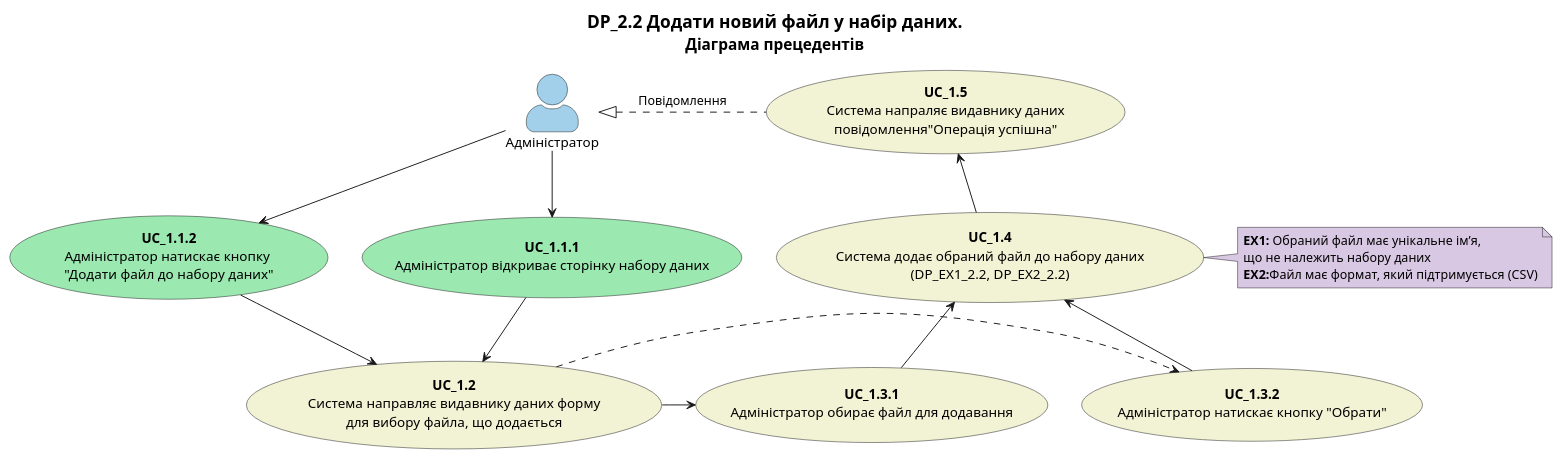
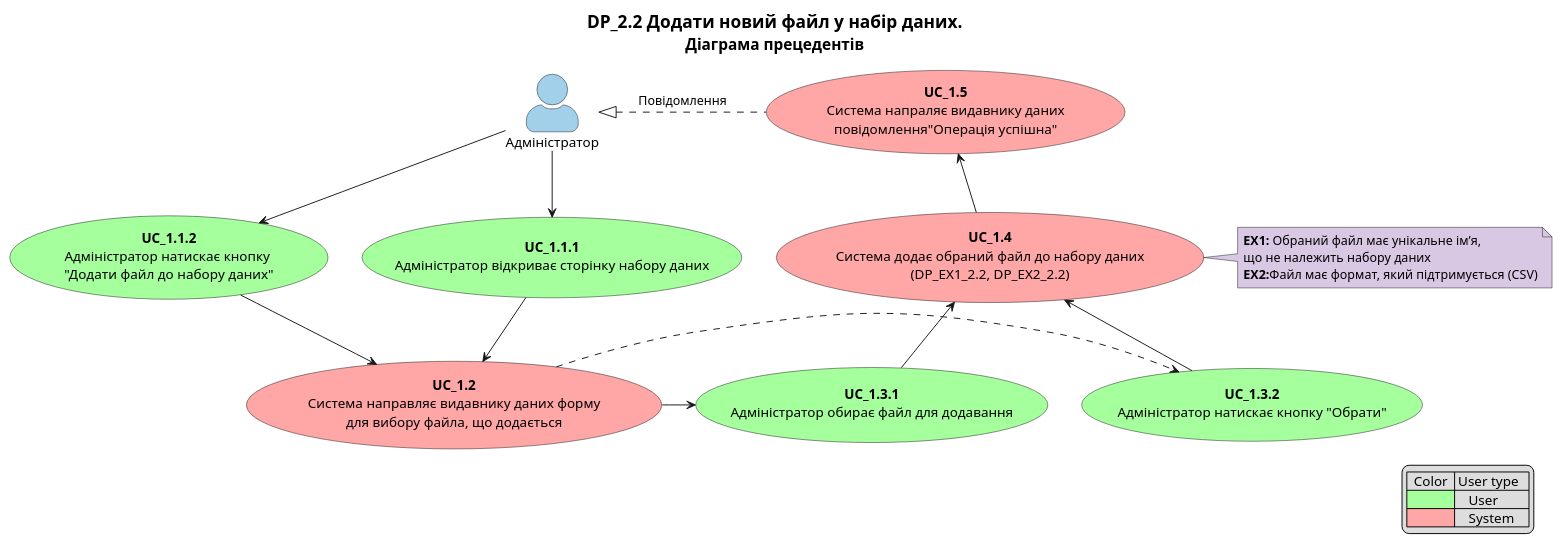
Diagram 12 of 16 in docs/use cases/README.md (YanPetrov7/DB_REST_API), drawn with PlantUML before and after one commit. The commit also changed other lines of this file, not shown here.

Commit message:
docs: use cases colors & legend

```diff
--- a/docs/use cases/README.md
+++ b/docs/use cases/README.md
@@ -566,34 +602,40 @@
 @startuml
 
     title
         <font size=18 color=black>DP_2.2 Додати новий файл у набір даних.
         <font size=16 color=black>Діаграма прецедентів
     end title
 
+    legend right
+    |  Color  | User type   |
+    |<#a4ff9c>|    User     |
+    |<#ffa6a6>|    System   |
+    endlegend
+
     skinparam actorStyle awesome
     
     actor "Адміністратор" as User #a2d0eb
 
-    usecase "<b>UC_1.1.1</b>\nАдміністратор відкриває сторінку набору даних" as S1 #9be8b0
-    usecase "<b>UC_1.1.2</b>\nАдміністратор натискає кнопку \n"Додати файл до набору даних"" as S2 #9be8b0
-    usecase "<b>UC_1.2</b>\nСистема направляє видавнику даних форму\nдля вибору файла, що додається" as S3 #f2f2d5
-    usecase "<b>UC_1.3.1</b>\nАдміністратор обирає файл для додавання" as S4 #f2f2d5
-    usecase "<b>UC_1.3.2</b>\nАдміністратор натискає кнопку "Обрати"" as S5 #f2f2d5
-    usecase "<b>UC_1.4</b>\nСистема додає обраний файл до набору даних\n(DP_EX1_2.2, DP_EX2_2.2)" as S6 #f2f2d5
-    usecase "<b>UC_1.5</b>\nСистема напраляє видавнику даних\nповідомлення"Операція успішна"" as S7 #f2f2d5
+    usecase "<b>UC_1.1.1</b>\nАдміністратор відкриває сторінку набору даних" as S1 #a4ff9c
+    usecase "<b>UC_1.1.2</b>\nАдміністратор натискає кнопку \n"Додати файл до набору даних"" as S2 #a4ff9c
+    usecase "<b>UC_1.2</b>\nСистема направляє видавнику даних форму\nдля вибору файла, що додається" as S3 #ffa6a6
+    usecase "<b>UC_1.3.1</b>\nАдміністратор обирає файл для додавання" as S4 #a4ff9c
+    usecase "<b>UC_1.3.2</b>\nАдміністратор натискає кнопку "Обрати"" as S5 #a4ff9c
+    usecase "<b>UC_1.4</b>\nСистема додає обраний файл до набору даних\n(DP_EX1_2.2, DP_EX2_2.2)" as S6 #ffa6a6
+    usecase "<b>UC_1.5</b>\nСистема напраляє видавнику даних\nповідомлення"Операція успішна"" as S7 #ffa6a6
 
     note "<b>EX1:</b> Обраний файл має унікальне ім’я,\nщо не належить набору даних\n<b>EX2:</b>Файл має формат, який підтримується (CSV)" as EX1 #d9c8e3
 
     User -down-> S1
     User -down-> S2
     S1 -down-> S3
     S2 -down-> S3
     S3 -right-> S4
     S3 -right.> S5
     S4 -up-> S6
     S5-up-> S6
     S6 -right.> EX1
     S6 -up-> S7
     S7 -left.|> User : Повідомлення
 
 @enduml
```
